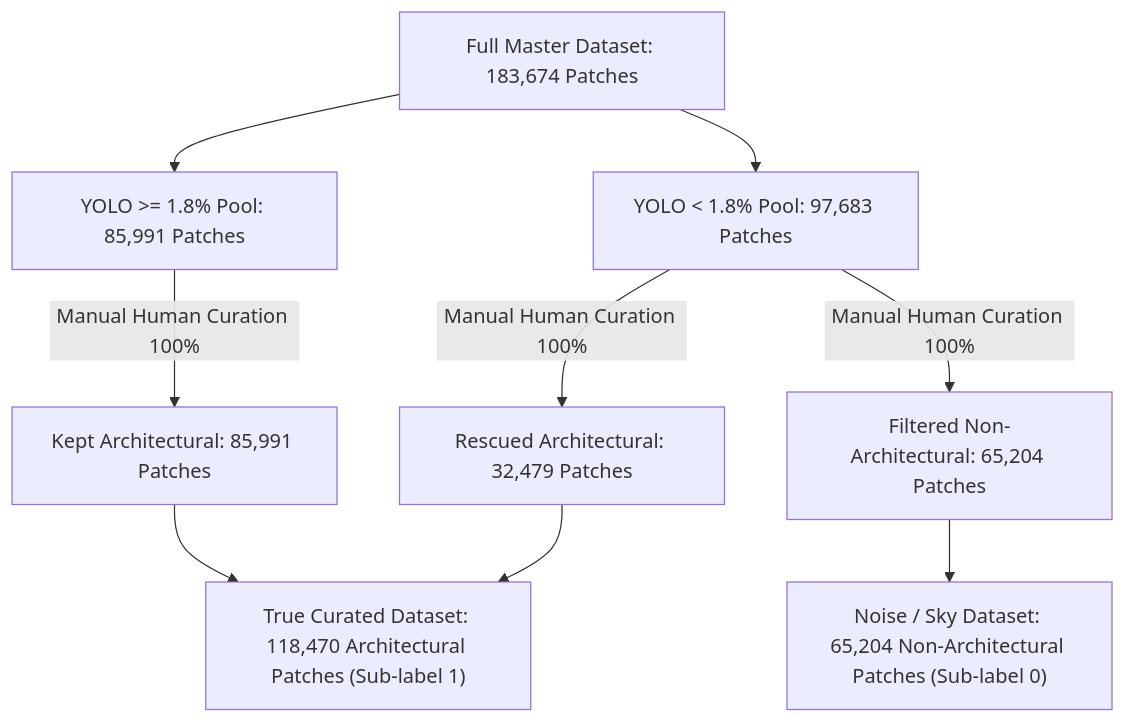
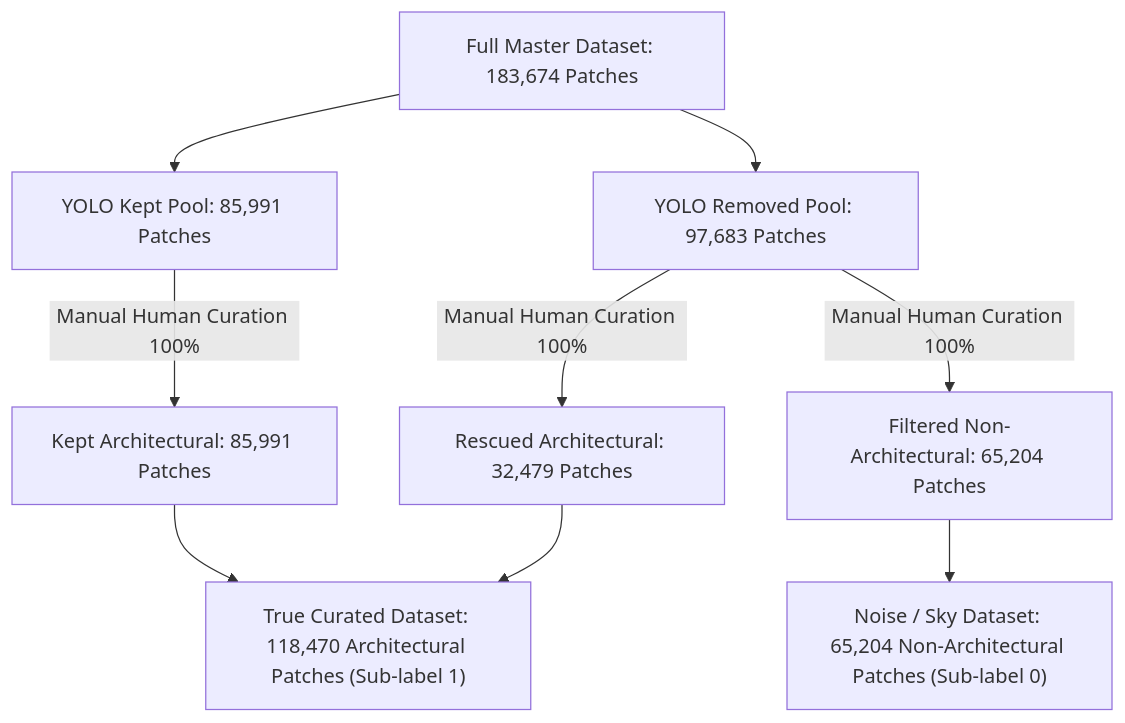
The first of 4 diagrams in master_report.md (dpduc313/architectural_classifier), drawn with Mermaid before and after one commit. The commit also changed other lines of this file and 12 other files, not shown here.

````diff
--- a/master_report.md
+++ b/master_report.md
@@ -155,13 +150,13 @@
 ```mermaid
 flowchart TD
-    Raw["Full Master Dataset: 183,674 Patches"] --> PoolA["YOLO >= 1.8% Pool: 85,991 Patches"]
-    Raw --> PoolB["YOLO < 1.8% Pool: 97,683 Patches"]
+    Raw["Full Master Dataset: 183,674 Patches"] --> PoolA["YOLO Kept Pool: 85,991 Patches"]
+    Raw --> PoolB["YOLO Removed Pool: 97,683 Patches"]
     
     PoolA -->|"Manual Human Curation 100%"| KeptClean["Kept Architectural: 85,991 Patches"]
     PoolB -->|"Manual Human Curation 100%"| Rescued["Rescued Architectural: 32,479 Patches"]
     PoolB -->|"Manual Human Curation 100%"| FilteredNoise["Filtered Non-Architectural: 65,204 Patches"]
     
     KeptClean --> FinalArch["True Curated Dataset: 118,470 Architectural Patches (Sub-label 1)"]
     Rescued --> FinalArch
     FilteredNoise --> NonArch["Noise / Sky Dataset: 65,204 Non-Architectural Patches (Sub-label 0)"]
 ```
````
